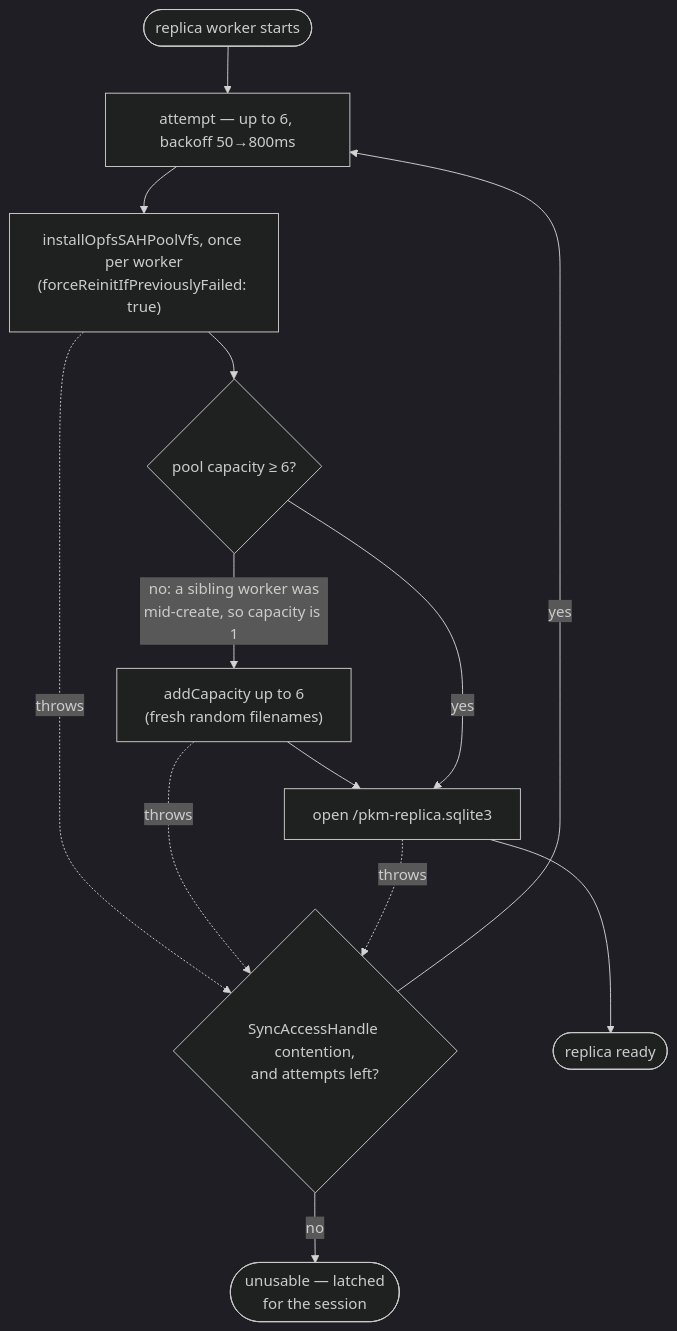
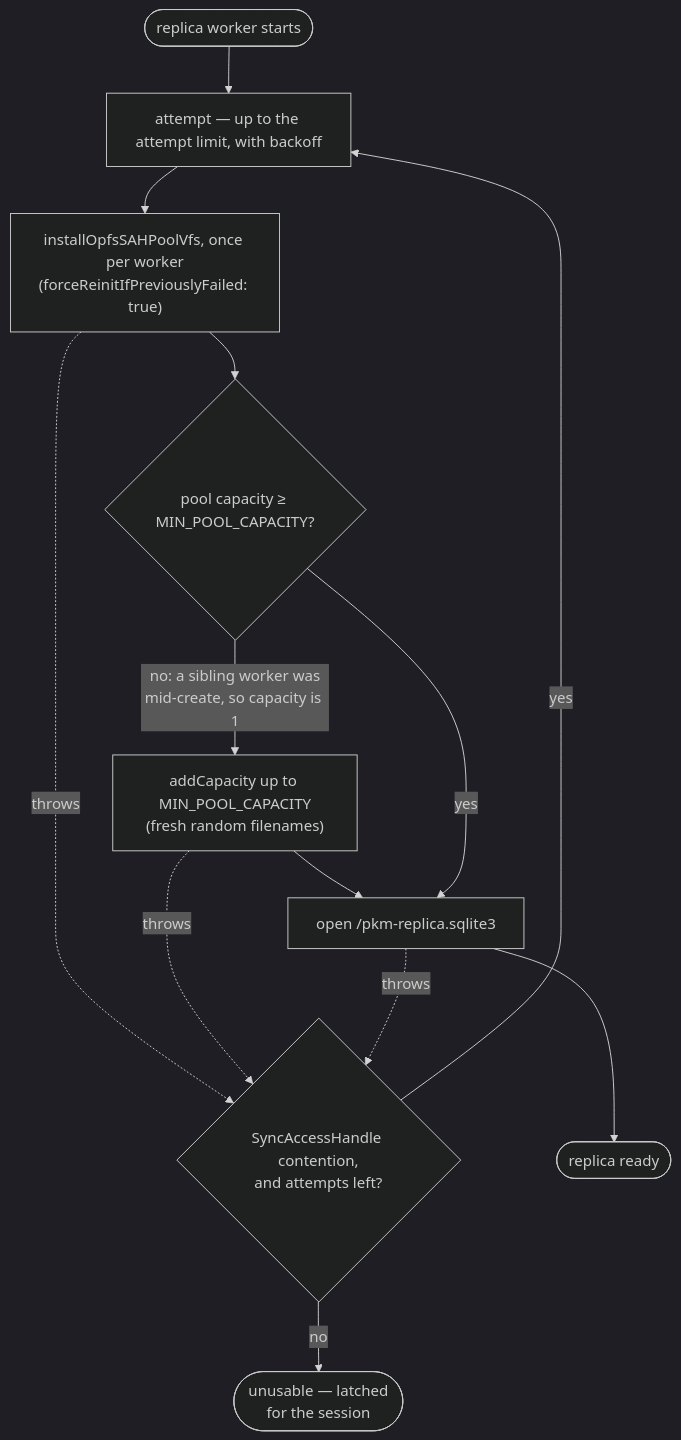
The first of 2 diagrams in docs/architecture/sync-recovery.md (ArthurClune/pkm-system), drawn with Mermaid (dark theme) before and after one commit. The commit also changed other lines of this file and 16 other files, not shown here.

````diff
--- a/docs/architecture/sync-recovery.md
+++ b/docs/architecture/sync-recovery.md
@@ -85,21 +85,21 @@
 ```mermaid
 flowchart TD
     W([replica worker starts])
-    B["attempt — up to 6, backoff 50→800ms"]
+    B["attempt — up to the attempt limit, with backoff"]
     I["installOpfsSAHPoolVfs, once per worker<br/>(forceReinitIfPreviouslyFailed: true)"]
-    C{"pool capacity ≥ 6?"}
-    A["addCapacity up to 6<br/>(fresh random filenames)"]
+    C{"pool capacity ≥ MIN_POOL_CAPACITY?"}
+    A["addCapacity up to MIN_POOL_CAPACITY<br/>(fresh random filenames)"]
     O["open /pkm-replica.sqlite3"]
     R{"SyncAccessHandle contention,<br/>and attempts left?"}
     OK([replica ready])
     X(["unusable — latched<br/>for the session"])
     W --> B --> I --> C
     C -->|"no: a sibling worker was<br/>mid-create, so capacity is 1"| A --> O
     C -->|yes| O
     O --> OK
     I -.->|throws| R
     A -.->|throws| R
     O -.->|throws| R
     R -->|yes| B
     R -->|no| X
 ```
````
